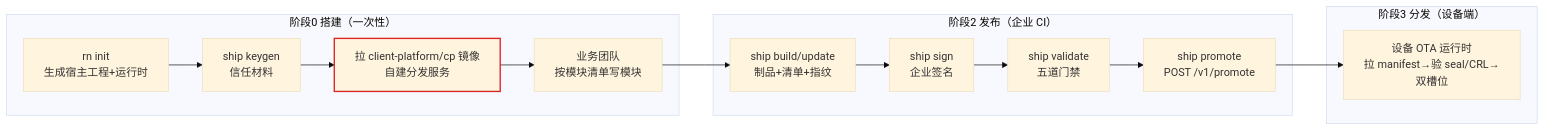
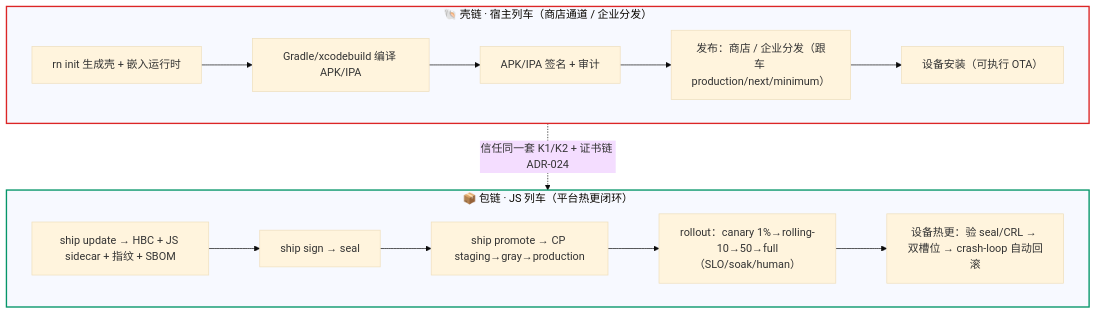
Before and after one commit to client-platform-labs/rn: the diagram in docs/architecture/enterprise-integration-surface.md, drawn with Mermaid (base theme). The commit also changed other lines of this file, not shown here.

First line of the commit message:
docs(architecture): enterprise integration surface v2 — 双列车模型

````diff
--- a/docs/architecture/enterprise-integration-surface.md
+++ b/docs/architecture/enterprise-integration-surface.md
@@ -33,18 +58,18 @@
 ```mermaid
-flowchart LR
-  subgraph P0["阶段0 搭建（一次性）"]
-    A["rn init<br/>生成宿主工程+运行时"] --> B["ship keygen<br/>信任材料"]
-    B --> C["拉 client-platform/cp 镜像<br/>自建分发服务"]
-    C --> D["业务团队<br/>按模块清单写模块"]
+flowchart TB
+  subgraph SHELL["🐚 壳链 · 宿主列车（商店通道 / 企业分发）"]
+    S1["rn init 生成壳 + 嵌入运行时"] --> S2["Gradle/xcodebuild 编译 APK/IPA"]
+    S2 --> S3["APK/IPA 签名 + 审计"]
+    S3 --> S4["发布：商店 / 企业分发（跟车 production/next/minimum）"]
+    S4 --> S5["设备安装（可执行 OTA）"]
   end
-  subgraph P2["阶段2 发布（企业 CI）"]
-    E["ship build/update<br/>制品+清单+指纹"] --> F["ship sign<br/>企业签名"]
-    F --> G["ship validate<br/>五道门禁"] --> H["ship promote<br/>POST /v1/promote"]
+  subgraph PKG["📦 包链 · JS 列车（平台热更闭环）"]
+    P1["ship update → HBC + JS sidecar + 指纹 + SBOM"] --> P2["ship sign → seal"]
+    P2 --> P3["ship promote → CP staging→gray→production"]
+    P3 --> P4["rollout：canary 1%→rolling-10→50→full（SLO/soak/human）"]
+    P4 --> P5["设备热更：验 seal/CRL → 双槽位 → crash-loop 自动回滚"]
   end
-  subgraph P3["阶段3 分发（设备端）"]
-    I["设备 OTA 运行时<br/>拉 manifest→验 seal/CRL→双槽位"] 
-  end
-  D --> E
-  H --> I
-  style C stroke:#dc2626,stroke-width:2px
+  SHELL -. 信任同一套 K1/K2 + 证书链 ADR-024 .-> PKG
+  style SHELL stroke:#dc2626,stroke-width:2px
+  style PKG stroke:#059669,stroke-width:2px
 ```
````
